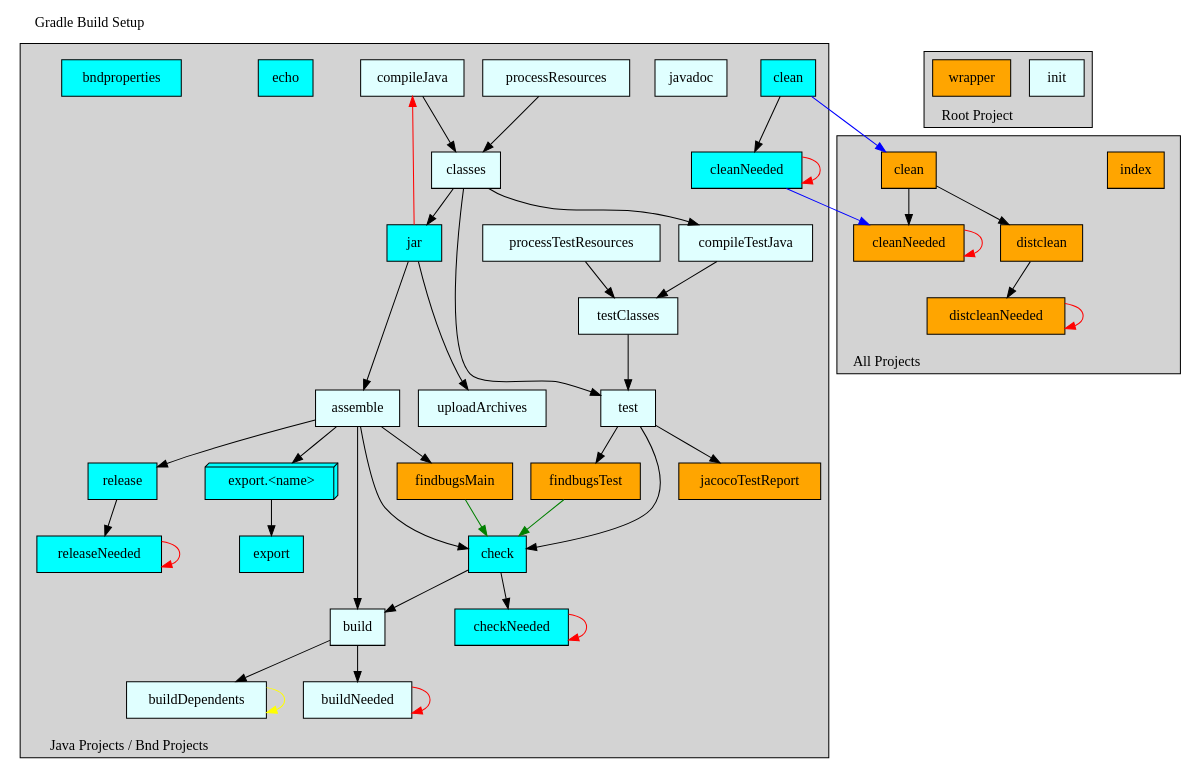
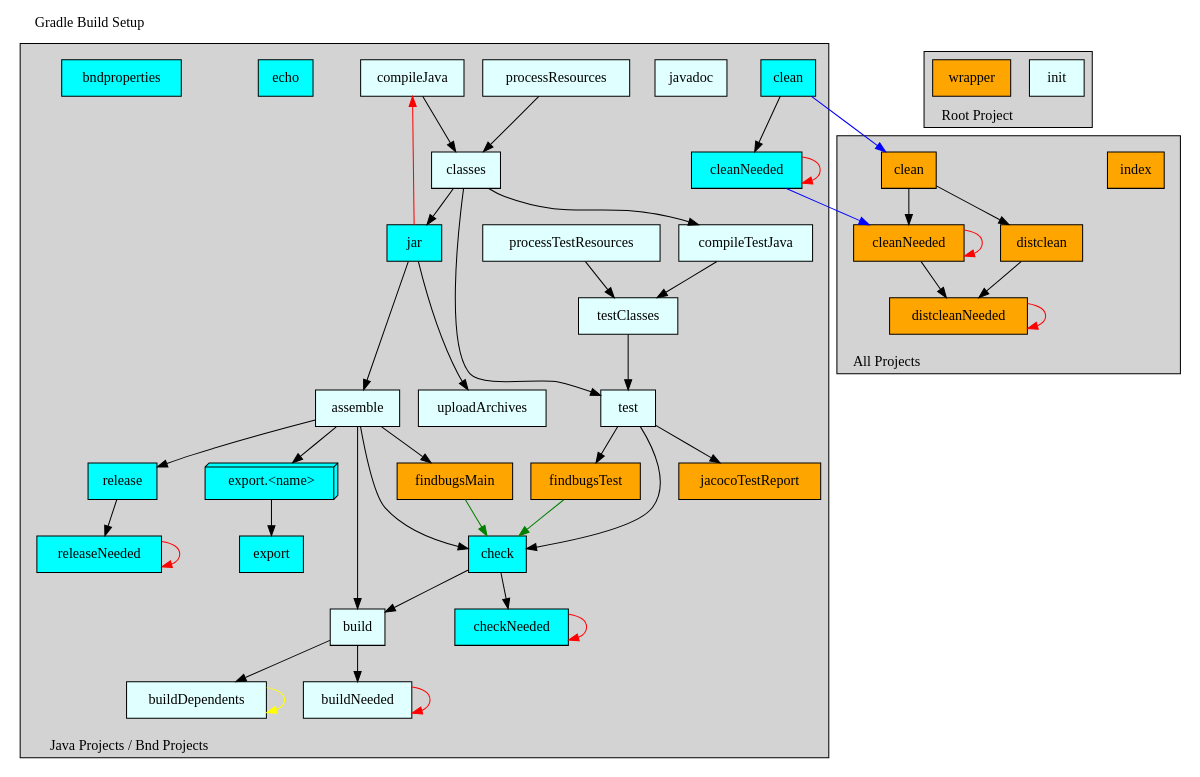
One commit to paulvi/bndtoolsPlugins changed the diagram in nl.pelagic.bndtools.headless.build.plugin.gradle/resources/templates/unprocessed/cnf/gradle/doc/template.dot. Above: the diagram before and after it, drawn with Graphviz. The commit also changed 7 other files, not shown here.

Commit message:
gradle: distcleanNeeded depends on cleanNeeded

```diff
--- a/nl.pelagic.bndtools.headless.build.plugin.gradle/resources/templates/unprocessed/cnf/gradle/doc/template.dot
+++ b/nl.pelagic.bndtools.headless.build.plugin.gradle/resources/templates/unprocessed/cnf/gradle/doc/template.dot
@@ -1,189 +1,190 @@
 /*
  * WARNING
  *
  * This file is maintained automatically by Bndtools.
  * You should not edit it.
  *
  * See the BUILDING-GRADLE.md document in the root project for more details.
  *
  * To create an SVG diagram from this file, install graphviz and run:
  *   dot -Tsvg "$1.dot" -o "$1.svg"   (on a Linux   machine)
  *   dot -Tsvg "%1.dot" -o "%1.svg"   (on a Windows machine)
  */
 
 
 digraph GradleSetup {
   label="Gradle Build Setup"
   labelloc=t
   labeljust=l
 
   subgraph cluster1 {
     label="Java Projects / Bnd Projects";
     labelloc=b
     labeljust=l
     style=filled;
     fillcolor=lightgrey;
     color=black;
 
     subgraph cluster101 {
       label="";
       style=invis;
       compileJava          [shape=box, style=filled, fillcolor=lightcyan, label="compileJava"         ]
       processResources     [shape=box, style=filled, fillcolor=lightcyan, label="processResources"    ]
       classes              [shape=box, style=filled, fillcolor=lightcyan, label="classes"             ]
     }
 
     subgraph cluster102 {
       label="";
       style=invis;
       jar                  [shape=box, style=filled, fillcolor=cyan     , label="jar"                 ]
     }
 
     subgraph cluster103 {
       label="";
       style=invis;
       compileTestJava      [shape=box, style=filled, fillcolor=lightcyan, label="compileTestJava"     ]
       processTestResources [shape=box, style=filled, fillcolor=lightcyan, label="processTestResources"]
       testClasses          [shape=box, style=filled, fillcolor=lightcyan, label="testClasses"         ]
     }
 
     subgraph cluster104 {
       label="";
       style=invis;
       test                 [shape=box, style=filled, fillcolor=lightcyan, label="test"                ]
     }
 
     subgraph cluster105 {
       label="";
       style=invis;
       uploadArchives       [shape=box, style=filled, fillcolor=lightcyan, label="uploadArchives"      ]
       assemble             [shape=box, style=filled, fillcolor=lightcyan, label="assemble"            ]
     }
 
     subgraph cluster106 {
       label="";
       style=invis;
       check                [shape=box, style=filled, fillcolor=cyan     , label="check"               ]
       checkNeeded          [shape=box, style=filled, fillcolor=cyan     , label="checkNeeded"         ]
     }
 
     subgraph cluster107 {
       label="";
       style=invis;
       release              [shape=box, style=filled, fillcolor=cyan     , label="release"             ]
       releaseNeeded        [shape=box, style=filled, fillcolor=cyan     , label="releaseNeeded"       ]
     }
 
     subgraph cluster108 {
       label="";
       style=invis;
       exportX              [shape=box3d, style=filled, fillcolor=cyan   , label="export.<name>"       ]
       export               [shape=box  , style=filled, fillcolor=cyan   , label="export"              ]
     }
 
     subgraph cluster109 {
       label="";
       style=invis;
       build                [shape=box, style=filled, fillcolor=lightcyan, label="build"               ]
       buildDependents      [shape=box, style=filled, fillcolor=lightcyan, label="buildDependents"     ]
       buildNeeded          [shape=box, style=filled, fillcolor=lightcyan, label="buildNeeded"         ]
     }
 
     subgraph cluster110 {
       label="";
       style=invis;
       findbugsMain         [shape=box, style=filled, fillcolor=orange   , label="findbugsMain"        ]
       findbugsTest         [shape=box, style=filled, fillcolor=orange   , label="findbugsTest"        ]
     }
 
     javadoc                [shape=box, style=filled, fillcolor=lightcyan, label="javadoc"             ]
 
     clean                  [shape=box, style=filled, fillcolor=cyan     , label="clean"               ]
     cleanNeeded            [shape=box, style=filled, fillcolor=cyan     , label="cleanNeeded"         ]
     echo                   [shape=box, style=filled, fillcolor=cyan     , label="echo"                ]
     bndproperties          [shape=box, style=filled, fillcolor=cyan     , label="bndproperties"       ]
     jacocoTestReport       [shape=box, style=filled, fillcolor=orange   , label="jacocoTestReport"    ]
 
     compileJava            -> classes
     processResources       -> classes
     classes                -> compileTestJava
     classes                -> jar
     classes                -> test
     compileTestJava        -> testClasses
     processTestResources   -> testClasses
     jar                    -> uploadArchives
     jar                    -> assemble
     testClasses            -> test
     assemble               -> build
     assemble               -> check
     test                   -> check
     check                  -> checkNeeded
     checkNeeded            -> checkNeeded        [color=red   ]
     check                  -> build
     build                  -> buildDependents
     buildDependents        -> buildDependents    [color=yellow]
     build                  -> buildNeeded
     buildNeeded            -> buildNeeded        [color=red   ]
 
     jar                    -> compileJava        [color=red   ]
     assemble               -> release
     assemble               -> exportX
     exportX                -> export
     release                -> releaseNeeded
     releaseNeeded          -> releaseNeeded      [color=red   ]
     clean                  -> cleanNeeded
     cleanNeeded            -> cleanNeeded        [color=red   ]
 
     assemble               -> findbugsMain
     test                   -> findbugsTest
     findbugsMain           -> check              [color=green ]
     findbugsTest           -> check              [color=green ]
     test                   -> jacocoTestReport
   }
 
 
   subgraph cluster2 {
     label="All Projects";
     labelloc=b
     labeljust=l
     style=filled;
     fillcolor=lightgrey;
     color=black;
 
     subgraph cluster201 {
       label="";
       style=invis;
       index                [shape=box, style=filled, fillcolor=orange   , label="index"               ]
     }
 
     subgraph cluster202 {
       label="";
       style=invis;
       cleanAll             [shape=box, style=filled, fillcolor=orange   , label="clean"               ]
       cleanAllNeeded       [shape=box, style=filled, fillcolor=orange   , label="cleanNeeded"         ]
       distclean            [shape=box, style=filled, fillcolor=orange   , label="distclean"           ]
       distcleanNeeded      [shape=box, style=filled, fillcolor=orange   , label="distcleanNeeded"     ]
     }
 
     clean                  -> cleanAll           [color=blue  ]
     cleanNeeded            -> cleanAllNeeded     [color=blue  ]
     cleanAll               -> cleanAllNeeded
+    cleanAll               -> distclean
     cleanAllNeeded         -> cleanAllNeeded     [color=red   ]
-    cleanAll               -> distclean
+    cleanAllNeeded         -> distcleanNeeded
     distclean              -> distcleanNeeded
     distcleanNeeded        -> distcleanNeeded    [color=red   ]
   }
 
 
   subgraph cluster3 {
     label="Root Project";
     labelloc=b
     labeljust=l
     style=filled;
     fillcolor=lightgrey;
     color=black;
 
     init                   [shape=box, style=filled, fillcolor=lightcyan, label="init"                ]
     wrapper                [shape=box, style=filled, fillcolor=orange   , label="wrapper"             ]
   }
 }
```
